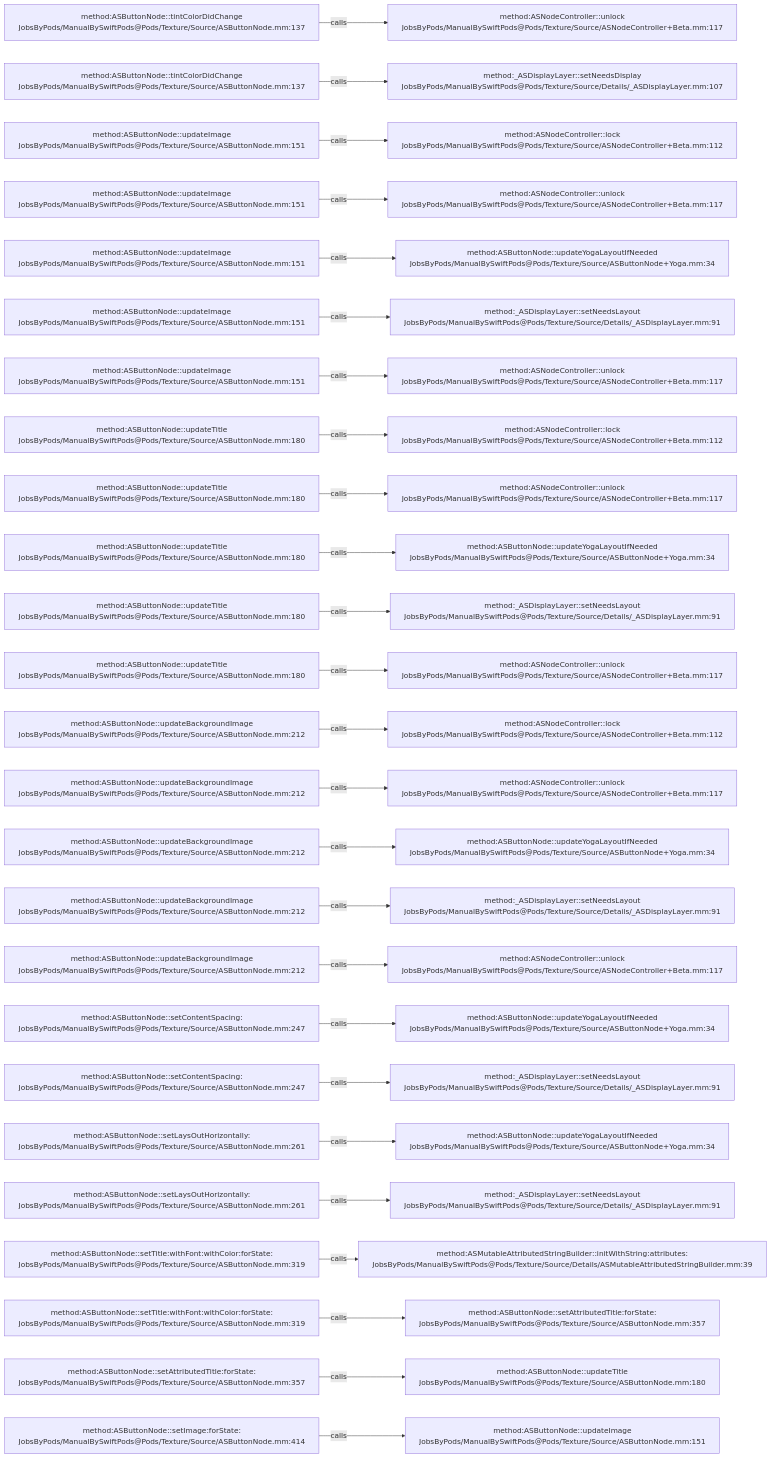
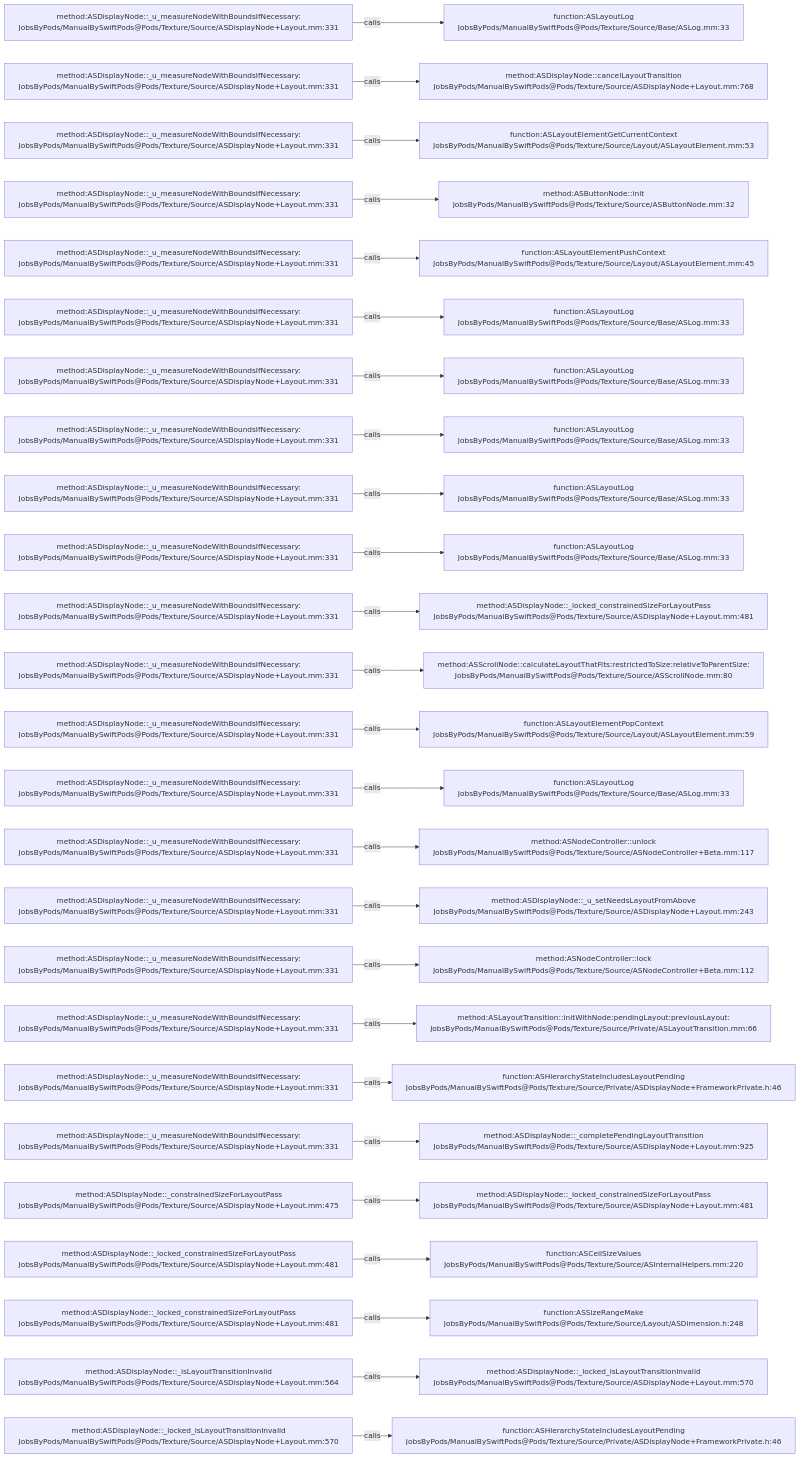
The diagram in .codegraph/codegraph.md/graphs/calls-022.md (JobsKits/JobsSwiftBaseConfigDemo), drawn with Mermaid before and after one commit. The commit also changed 832 other files, not shown here.

````diff
--- a/.codegraph/codegraph.md/graphs/calls-022.md
+++ b/.codegraph/codegraph.md/graphs/calls-022.md
@@ -13,78 +13,78 @@
 ```mermaid
 flowchart LR
-  S1["method:ASButtonNode::tintColorDidChange<br/>JobsByPods/ManualBySwiftPods@Pods/Texture/Source/ASButtonNode.mm:137"]
-  T1["method:ASNodeController::unlock<br/>JobsByPods/ManualBySwiftPods@Pods/Texture/Source/ASNodeController+Beta.mm:117"]
+  S1["method:ASDisplayNode::_u_measureNodeWithBoundsIfNecessary:<br/>JobsByPods/ManualBySwiftPods@Pods/Texture/Source/ASDisplayNode+Layout.mm:331"]
+  T1["function:ASLayoutLog<br/>JobsByPods/ManualBySwiftPods@Pods/Texture/Source/Base/ASLog.mm:33"]
   S1 -->|calls| T1
-  S2["method:ASButtonNode::tintColorDidChange<br/>JobsByPods/ManualBySwiftPods@Pods/Texture/Source/ASButtonNode.mm:137"]
-  T2["method:_ASDisplayLayer::setNeedsDisplay<br/>JobsByPods/ManualBySwiftPods@Pods/Texture/Source/Details/_ASDisplayLayer.mm:107"]
+  S2["method:ASDisplayNode::_u_measureNodeWithBoundsIfNecessary:<br/>JobsByPods/ManualBySwiftPods@Pods/Texture/Source/ASDisplayNode+Layout.mm:331"]
+  T2["method:ASDisplayNode::cancelLayoutTransition<br/>JobsByPods/ManualBySwiftPods@Pods/Texture/Source/ASDisplayNode+Layout.mm:768"]
   S2 -->|calls| T2
-  S3["method:ASButtonNode::updateImage<br/>JobsByPods/ManualBySwiftPods@Pods/Texture/Source/ASButtonNode.mm:151"]
-  T3["method:ASNodeController::lock<br/>JobsByPods/ManualBySwiftPods@Pods/Texture/Source/ASNodeController+Beta.mm:112"]
+  S3["method:ASDisplayNode::_u_measureNodeWithBoundsIfNecessary:<br/>JobsByPods/ManualBySwiftPods@Pods/Texture/Source/ASDisplayNode+Layout.mm:331"]
+  T3["function:ASLayoutElementGetCurrentContext<br/>JobsByPods/ManualBySwiftPods@Pods/Texture/Source/Layout/ASLayoutElement.mm:53"]
   S3 -->|calls| T3
-  S4["method:ASButtonNode::updateImage<br/>JobsByPods/ManualBySwiftPods@Pods/Texture/Source/ASButtonNode.mm:151"]
-  T4["method:ASNodeController::unlock<br/>JobsByPods/ManualBySwiftPods@Pods/Texture/Source/ASNodeController+Beta.mm:117"]
+  S4["method:ASDisplayNode::_u_measureNodeWithBoundsIfNecessary:<br/>JobsByPods/ManualBySwiftPods@Pods/Texture/Source/ASDisplayNode+Layout.mm:331"]
+  T4["method:ASButtonNode::init<br/>JobsByPods/ManualBySwiftPods@Pods/Texture/Source/ASButtonNode.mm:32"]
   S4 -->|calls| T4
-  S5["method:ASButtonNode::updateImage<br/>JobsByPods/ManualBySwiftPods@Pods/Texture/Source/ASButtonNode.mm:151"]
-  T5["method:ASButtonNode::updateYogaLayoutIfNeeded<br/>JobsByPods/ManualBySwiftPods@Pods/Texture/Source/ASButtonNode+Yoga.mm:34"]
+  S5["method:ASDisplayNode::_u_measureNodeWithBoundsIfNecessary:<br/>JobsByPods/ManualBySwiftPods@Pods/Texture/Source/ASDisplayNode+Layout.mm:331"]
+  T5["function:ASLayoutElementPushContext<br/>JobsByPods/ManualBySwiftPods@Pods/Texture/Source/Layout/ASLayoutElement.mm:45"]
   S5 -->|calls| T5
-  S6["method:ASButtonNode::updateImage<br/>JobsByPods/ManualBySwiftPods@Pods/Texture/Source/ASButtonNode.mm:151"]
-  T6["method:_ASDisplayLayer::setNeedsLayout<br/>JobsByPods/ManualBySwiftPods@Pods/Texture/Source/Details/_ASDisplayLayer.mm:91"]
+  S6["method:ASDisplayNode::_u_measureNodeWithBoundsIfNecessary:<br/>JobsByPods/ManualBySwiftPods@Pods/Texture/Source/ASDisplayNode+Layout.mm:331"]
+  T6["function:ASLayoutLog<br/>JobsByPods/ManualBySwiftPods@Pods/Texture/Source/Base/ASLog.mm:33"]
   S6 -->|calls| T6
-  S7["method:ASButtonNode::updateImage<br/>JobsByPods/ManualBySwiftPods@Pods/Texture/Source/ASButtonNode.mm:151"]
-  T7["method:ASNodeController::unlock<br/>JobsByPods/ManualBySwiftPods@Pods/Texture/Source/ASNodeController+Beta.mm:117"]
+  S7["method:ASDisplayNode::_u_measureNodeWithBoundsIfNecessary:<br/>JobsByPods/ManualBySwiftPods@Pods/Texture/Source/ASDisplayNode+Layout.mm:331"]
+  T7["function:ASLayoutLog<br/>JobsByPods/ManualBySwiftPods@Pods/Texture/Source/Base/ASLog.mm:33"]
   S7 -->|calls| T7
-  S8["method:ASButtonNode::updateTitle<br/>JobsByPods/ManualBySwiftPods@Pods/Texture/Source/ASButtonNode.mm:180"]
-  T8["method:ASNodeController::lock<br/>JobsByPods/ManualBySwiftPods@Pods/Texture/Source/ASNodeController+Beta.mm:112"]
+  S8["method:ASDisplayNode::_u_measureNodeWithBoundsIfNecessary:<br/>JobsByPods/ManualBySwiftPods@Pods/Texture/Source/ASDisplayNode+Layout.mm:331"]
+  T8["function:ASLayoutLog<br/>JobsByPods/ManualBySwiftPods@Pods/Texture/Source/Base/ASLog.mm:33"]
   S8 -->|calls| T8
-  S9["method:ASButtonNode::updateTitle<br/>JobsByPods/ManualBySwiftPods@Pods/Texture/Source/ASButtonNode.mm:180"]
-  T9["method:ASNodeController::unlock<br/>JobsByPods/ManualBySwiftPods@Pods/Texture/Source/ASNodeController+Beta.mm:117"]
+  S9["method:ASDisplayNode::_u_measureNodeWithBoundsIfNecessary:<br/>JobsByPods/ManualBySwiftPods@Pods/Texture/Source/ASDisplayNode+Layout.mm:331"]
+  T9["function:ASLayoutLog<br/>JobsByPods/ManualBySwiftPods@Pods/Texture/Source/Base/ASLog.mm:33"]
   S9 -->|calls| T9
-  S10["method:ASButtonNode::updateTitle<br/>JobsByPods/ManualBySwiftPods@Pods/Texture/Source/ASButtonNode.mm:180"]
-  T10["method:ASButtonNode::updateYogaLayoutIfNeeded<br/>JobsByPods/ManualBySwiftPods@Pods/Texture/Source/ASButtonNode+Yoga.mm:34"]
+  S10["method:ASDisplayNode::_u_measureNodeWithBoundsIfNecessary:<br/>JobsByPods/ManualBySwiftPods@Pods/Texture/Source/ASDisplayNode+Layout.mm:331"]
+  T10["function:ASLayoutLog<br/>JobsByPods/ManualBySwiftPods@Pods/Texture/Source/Base/ASLog.mm:33"]
   S10 -->|calls| T10
-  S11["method:ASButtonNode::updateTitle<br/>JobsByPods/ManualBySwiftPods@Pods/Texture/Source/ASButtonNode.mm:180"]
-  T11["method:_ASDisplayLayer::setNeedsLayout<br/>JobsByPods/ManualBySwiftPods@Pods/Texture/Source/Details/_ASDisplayLayer.mm:91"]
+  S11["method:ASDisplayNode::_u_measureNodeWithBoundsIfNecessary:<br/>JobsByPods/ManualBySwiftPods@Pods/Texture/Source/ASDisplayNode+Layout.mm:331"]
+  T11["method:ASDisplayNode::_locked_constrainedSizeForLayoutPass<br/>JobsByPods/ManualBySwiftPods@Pods/Texture/Source/ASDisplayNode+Layout.mm:481"]
   S11 -->|calls| T11
-  S12["method:ASButtonNode::updateTitle<br/>JobsByPods/ManualBySwiftPods@Pods/Texture/Source/ASButtonNode.mm:180"]
-  T12["method:ASNodeController::unlock<br/>JobsByPods/ManualBySwiftPods@Pods/Texture/Source/ASNodeController+Beta.mm:117"]
+  S12["method:ASDisplayNode::_u_measureNodeWithBoundsIfNecessary:<br/>JobsByPods/ManualBySwiftPods@Pods/Texture/Source/ASDisplayNode+Layout.mm:331"]
+  T12["method:ASScrollNode::calculateLayoutThatFits:restrictedToSize:relativeToParentSize:<br/>JobsByPods/ManualBySwiftPods@Pods/Texture/Source/ASScrollNode.mm:80"]
   S12 -->|calls| T12
-  S13["method:ASButtonNode::updateBackgroundImage<br/>JobsByPods/ManualBySwiftPods@Pods/Texture/Source/ASButtonNode.mm:212"]
-  T13["method:ASNodeController::lock<br/>JobsByPods/ManualBySwiftPods@Pods/Texture/Source/ASNodeController+Beta.mm:112"]
+  S13["method:ASDisplayNode::_u_measureNodeWithBoundsIfNecessary:<br/>JobsByPods/ManualBySwiftPods@Pods/Texture/Source/ASDisplayNode+Layout.mm:331"]
+  T13["function:ASLayoutElementPopContext<br/>JobsByPods/ManualBySwiftPods@Pods/Texture/Source/Layout/ASLayoutElement.mm:59"]
   S13 -->|calls| T13
-  S14["method:ASButtonNode::updateBackgroundImage<br/>JobsByPods/ManualBySwiftPods@Pods/Texture/Source/ASButtonNode.mm:212"]
-  T14["method:ASNodeController::unlock<br/>JobsByPods/ManualBySwiftPods@Pods/Texture/Source/ASNodeController+Beta.mm:117"]
+  S14["method:ASDisplayNode::_u_measureNodeWithBoundsIfNecessary:<br/>JobsByPods/ManualBySwiftPods@Pods/Texture/Source/ASDisplayNode+Layout.mm:331"]
+  T14["function:ASLayoutLog<br/>JobsByPods/ManualBySwiftPods@Pods/Texture/Source/Base/ASLog.mm:33"]
   S14 -->|calls| T14
-  S15["method:ASButtonNode::updateBackgroundImage<br/>JobsByPods/ManualBySwiftPods@Pods/Texture/Source/ASButtonNode.mm:212"]
-  T15["method:ASButtonNode::updateYogaLayoutIfNeeded<br/>JobsByPods/ManualBySwiftPods@Pods/Texture/Source/ASButtonNode+Yoga.mm:34"]
+  S15["method:ASDisplayNode::_u_measureNodeWithBoundsIfNecessary:<br/>JobsByPods/ManualBySwiftPods@Pods/Texture/Source/ASDisplayNode+Layout.mm:331"]
+  T15["method:ASNodeController::unlock<br/>JobsByPods/ManualBySwiftPods@Pods/Texture/Source/ASNodeController+Beta.mm:117"]
   S15 -->|calls| T15
-  S16["method:ASButtonNode::updateBackgroundImage<br/>JobsByPods/ManualBySwiftPods@Pods/Texture/Source/ASButtonNode.mm:212"]
-  T16["method:_ASDisplayLayer::setNeedsLayout<br/>JobsByPods/ManualBySwiftPods@Pods/Texture/Source/Details/_ASDisplayLayer.mm:91"]
+  S16["method:ASDisplayNode::_u_measureNodeWithBoundsIfNecessary:<br/>JobsByPods/ManualBySwiftPods@Pods/Texture/Source/ASDisplayNode+Layout.mm:331"]
+  T16["method:ASDisplayNode::_u_setNeedsLayoutFromAbove<br/>JobsByPods/ManualBySwiftPods@Pods/Texture/Source/ASDisplayNode+Layout.mm:243"]
   S16 -->|calls| T16
-  S17["method:ASButtonNode::updateBackgroundImage<br/>JobsByPods/ManualBySwiftPods@Pods/Texture/Source/ASButtonNode.mm:212"]
-  T17["method:ASNodeController::unlock<br/>JobsByPods/ManualBySwiftPods@Pods/Texture/Source/ASNodeController+Beta.mm:117"]
+  S17["method:ASDisplayNode::_u_measureNodeWithBoundsIfNecessary:<br/>JobsByPods/ManualBySwiftPods@Pods/Texture/Source/ASDisplayNode+Layout.mm:331"]
+  T17["method:ASNodeController::lock<br/>JobsByPods/ManualBySwiftPods@Pods/Texture/Source/ASNodeController+Beta.mm:112"]
   S17 -->|calls| T17
-  S18["method:ASButtonNode::setContentSpacing:<br/>JobsByPods/ManualBySwiftPods@Pods/Texture/Source/ASButtonNode.mm:247"]
-  T18["method:ASButtonNode::updateYogaLayoutIfNeeded<br/>JobsByPods/ManualBySwiftPods@Pods/Texture/Source/ASButtonNode+Yoga.mm:34"]
+  S18["method:ASDisplayNode::_u_measureNodeWithBoundsIfNecessary:<br/>JobsByPods/ManualBySwiftPods@Pods/Texture/Source/ASDisplayNode+Layout.mm:331"]
+  T18["method:ASLayoutTransition::initWithNode:pendingLayout:previousLayout:<br/>JobsByPods/ManualBySwiftPods@Pods/Texture/Source/Private/ASLayoutTransition.mm:66"]
   S18 -->|calls| T18
-  S19["method:ASButtonNode::setContentSpacing:<br/>JobsByPods/ManualBySwiftPods@Pods/Texture/Source/ASButtonNode.mm:247"]
-  T19["method:_ASDisplayLayer::setNeedsLayout<br/>JobsByPods/ManualBySwiftPods@Pods/Texture/Source/Details/_ASDisplayLayer.mm:91"]
+  S19["method:ASDisplayNode::_u_measureNodeWithBoundsIfNecessary:<br/>JobsByPods/ManualBySwiftPods@Pods/Texture/Source/ASDisplayNode+Layout.mm:331"]
+  T19["function:ASHierarchyStateIncludesLayoutPending<br/>JobsByPods/ManualBySwiftPods@Pods/Texture/Source/Private/ASDisplayNode+FrameworkPrivate.h:46"]
   S19 -->|calls| T19
-  S20["method:ASButtonNode::setLaysOutHorizontally:<br/>JobsByPods/ManualBySwiftPods@Pods/Texture/Source/ASButtonNode.mm:261"]
-  T20["method:ASButtonNode::updateYogaLayoutIfNeeded<br/>JobsByPods/ManualBySwiftPods@Pods/Texture/Source/ASButtonNode+Yoga.mm:34"]
+  S20["method:ASDisplayNode::_u_measureNodeWithBoundsIfNecessary:<br/>JobsByPods/ManualBySwiftPods@Pods/Texture/Source/ASDisplayNode+Layout.mm:331"]
+  T20["method:ASDisplayNode::_completePendingLayoutTransition<br/>JobsByPods/ManualBySwiftPods@Pods/Texture/Source/ASDisplayNode+Layout.mm:925"]
   S20 -->|calls| T20
-  S21["method:ASButtonNode::setLaysOutHorizontally:<br/>JobsByPods/ManualBySwiftPods@Pods/Texture/Source/ASButtonNode.mm:261"]
-  T21["method:_ASDisplayLayer::setNeedsLayout<br/>JobsByPods/ManualBySwiftPods@Pods/Texture/Source/Details/_ASDisplayLayer.mm:91"]
+  S21["method:ASDisplayNode::_constrainedSizeForLayoutPass<br/>JobsByPods/ManualBySwiftPods@Pods/Texture/Source/ASDisplayNode+Layout.mm:475"]
+  T21["method:ASDisplayNode::_locked_constrainedSizeForLayoutPass<br/>JobsByPods/ManualBySwiftPods@Pods/Texture/Source/ASDisplayNode+Layout.mm:481"]
   S21 -->|calls| T21
-  S22["method:ASButtonNode::setTitle:withFont:withColor:forState:<br/>JobsByPods/ManualBySwiftPods@Pods/Texture/Source/ASButtonNode.mm:319"]
-  T22["method:ASMutableAttributedStringBuilder::initWithString:attributes:<br/>JobsByPods/ManualBySwiftPods@Pods/Texture/Source/Details/ASMutableAttributedStringBuilder.mm:39"]
+  S22["method:ASDisplayNode::_locked_constrainedSizeForLayoutPass<br/>JobsByPods/ManualBySwiftPods@Pods/Texture/Source/ASDisplayNode+Layout.mm:481"]
+  T22["function:ASCeilSizeValues<br/>JobsByPods/ManualBySwiftPods@Pods/Texture/Source/ASInternalHelpers.mm:220"]
   S22 -->|calls| T22
-  S23["method:ASButtonNode::setTitle:withFont:withColor:forState:<br/>JobsByPods/ManualBySwiftPods@Pods/Texture/Source/ASButtonNode.mm:319"]
-  T23["method:ASButtonNode::setAttributedTitle:forState:<br/>JobsByPods/ManualBySwiftPods@Pods/Texture/Source/ASButtonNode.mm:357"]
+  S23["method:ASDisplayNode::_locked_constrainedSizeForLayoutPass<br/>JobsByPods/ManualBySwiftPods@Pods/Texture/Source/ASDisplayNode+Layout.mm:481"]
+  T23["function:ASSizeRangeMake<br/>JobsByPods/ManualBySwiftPods@Pods/Texture/Source/Layout/ASDimension.h:248"]
   S23 -->|calls| T23
-  S24["method:ASButtonNode::setAttributedTitle:forState:<br/>JobsByPods/ManualBySwiftPods@Pods/Texture/Source/ASButtonNode.mm:357"]
-  T24["method:ASButtonNode::updateTitle<br/>JobsByPods/ManualBySwiftPods@Pods/Texture/Source/ASButtonNode.mm:180"]
+  S24["method:ASDisplayNode::_isLayoutTransitionInvalid<br/>JobsByPods/ManualBySwiftPods@Pods/Texture/Source/ASDisplayNode+Layout.mm:564"]
+  T24["method:ASDisplayNode::_locked_isLayoutTransitionInvalid<br/>JobsByPods/ManualBySwiftPods@Pods/Texture/Source/ASDisplayNode+Layout.mm:570"]
   S24 -->|calls| T24
-  S25["method:ASButtonNode::setImage:forState:<br/>JobsByPods/ManualBySwiftPods@Pods/Texture/Source/ASButtonNode.mm:414"]
-  T25["method:ASButtonNode::updateImage<br/>JobsByPods/ManualBySwiftPods@Pods/Texture/Source/ASButtonNode.mm:151"]
+  S25["method:ASDisplayNode::_locked_isLayoutTransitionInvalid<br/>JobsByPods/ManualBySwiftPods@Pods/Texture/Source/ASDisplayNode+Layout.mm:570"]
+  T25["function:ASHierarchyStateIncludesLayoutPending<br/>JobsByPods/ManualBySwiftPods@Pods/Texture/Source/Private/ASDisplayNode+FrameworkPrivate.h:46"]
   S25 -->|calls| T25
 ```
````
